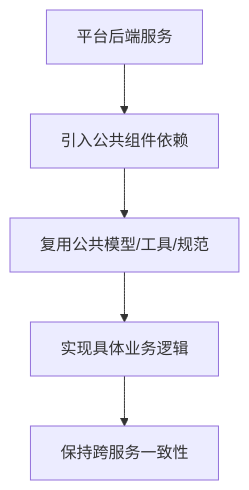
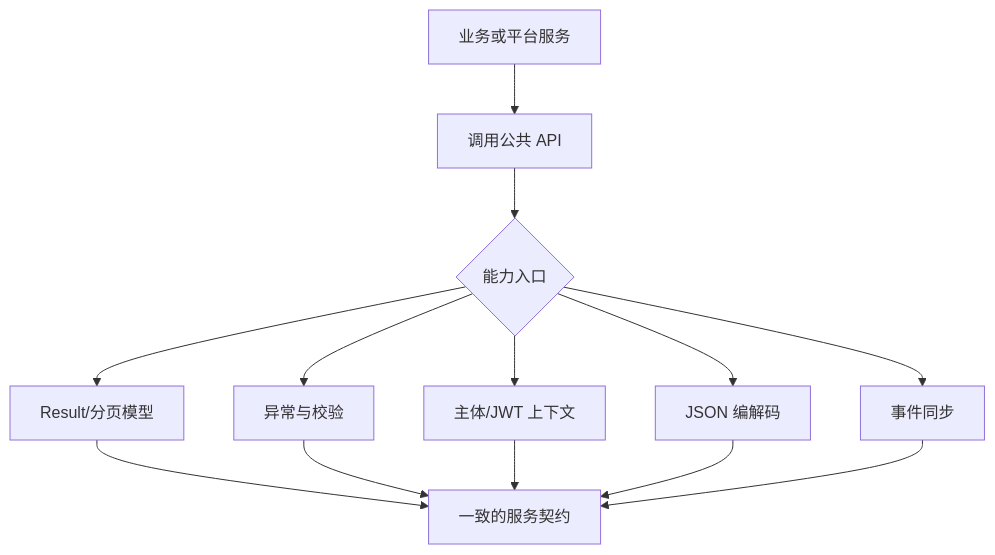
The diagram in README.md (g2rain/g2rain-common), drawn with Mermaid before and after one commit. The commit also changed other lines of this file, not shown here.

````diff
--- a/README.md
+++ b/README.md
@@ -77,7 +110,15 @@
 ```mermaid
 flowchart TD
-  A[平台后端服务] --> B[引入公共组件依赖]
-  B --> C[复用公共模型/工具/规范]
-  C --> D[实现具体业务逻辑]
-  D --> E[保持跨服务一致性]
+  A[业务或平台服务] --> B[调用公共 API]
+  B --> C{能力入口}
+  C --> D[Result/分页模型]
+  C --> E[异常与校验]
+  C --> F[主体/JWT 上下文]
+  C --> G[JSON 编解码]
+  C --> H[事件同步]
+  D --> I[一致的服务契约]
+  E --> I
+  F --> I
+  G --> I
+  H --> I
 ```
````
